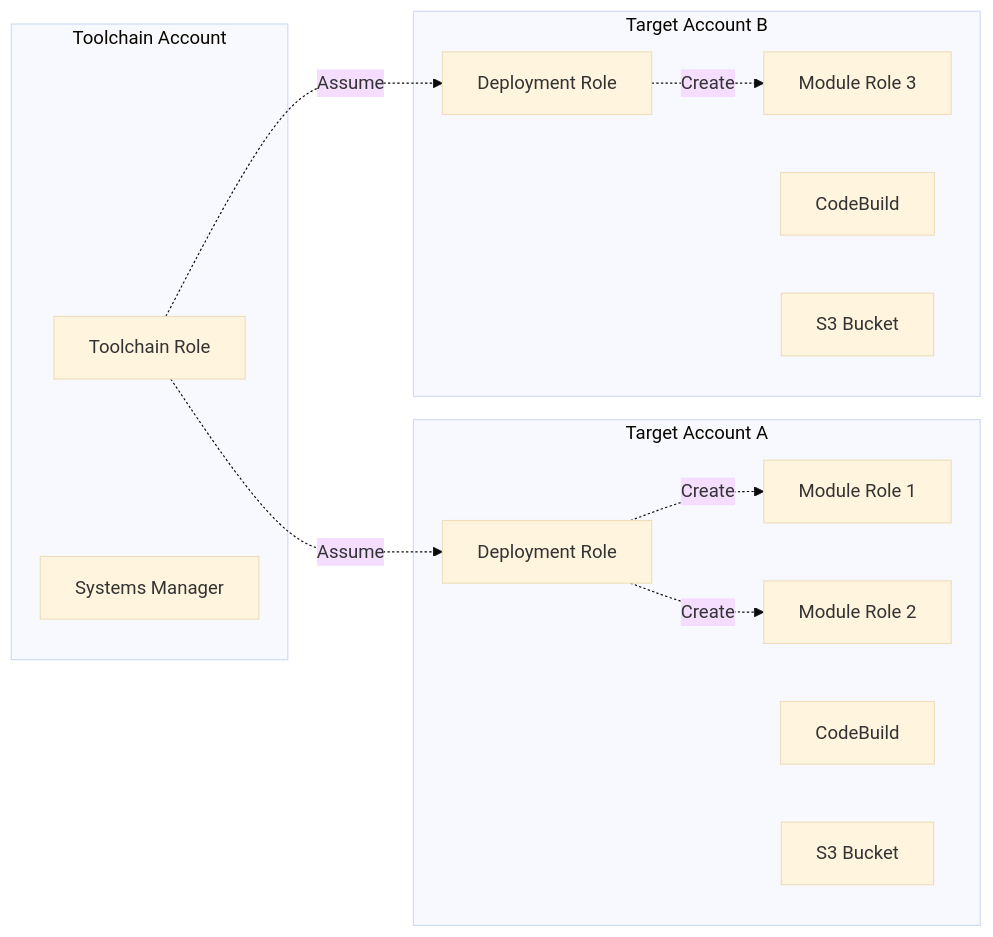
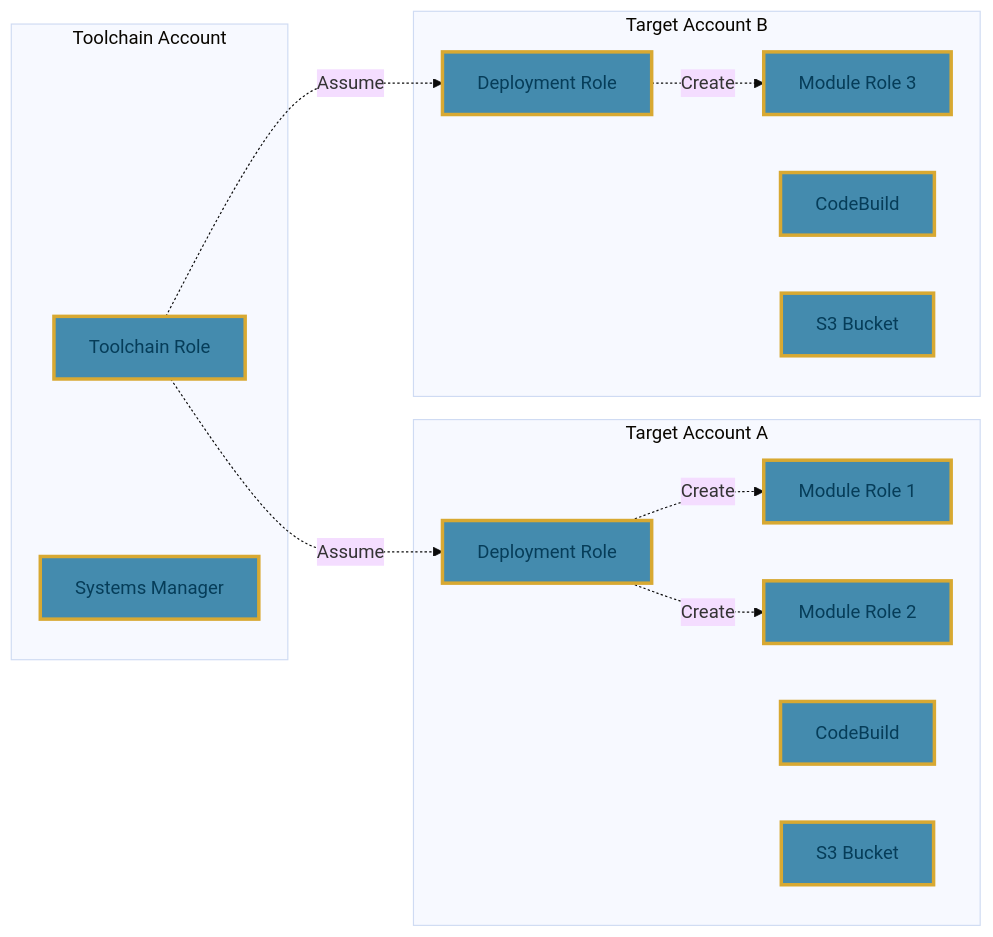
Before and after one commit to dgraeber/seed-farmer: the second of 3 diagrams in docs_v2/docs/concepts/architecture.md, drawn with Mermaid (base theme). The commit also changed other lines of this file, not shown here.

````diff
--- a/docs_v2/docs/concepts/architecture.md
+++ b/docs_v2/docs/concepts/architecture.md
@@ -82,28 +82,35 @@
 ```mermaid
 graph LR
     subgraph "Toolchain Account"
         TR[Toolchain Role]
         SSM[Systems Manager]
     end
-    
+
     subgraph "Target Account A"
         DR1[Deployment Role]
         MR1[Module Role 1]
         MR2[Module Role 2]
         CB1[CodeBuild]
         S3_1[S3 Bucket]
     end
-    
+
     subgraph "Target Account B"
         DR2[Deployment Role]
         MR3[Module Role 3]
         CB2[CodeBuild]
         S3_2[S3 Bucket]
     end
-    
+
     TR -.->|Assume| DR1
     TR -.->|Assume| DR2
     DR1 -.->|Create| MR1
     DR1 -.->|Create| MR2
     DR2 -.->|Create| MR3
+
+    %% Global style: Same fill, stroke, text color
+    classDef uniform fill:#448bae,stroke:#d8a932,stroke-width:3px,color:#063d59;
+
+    %% Apply the style to all nodes (including all inside subgraphs)
+    class TR,SSM,DR1,MR1,MR2,CB1,S3_1,DR2,MR3,CB2,S3_2 uniform;
+
 ```
````
